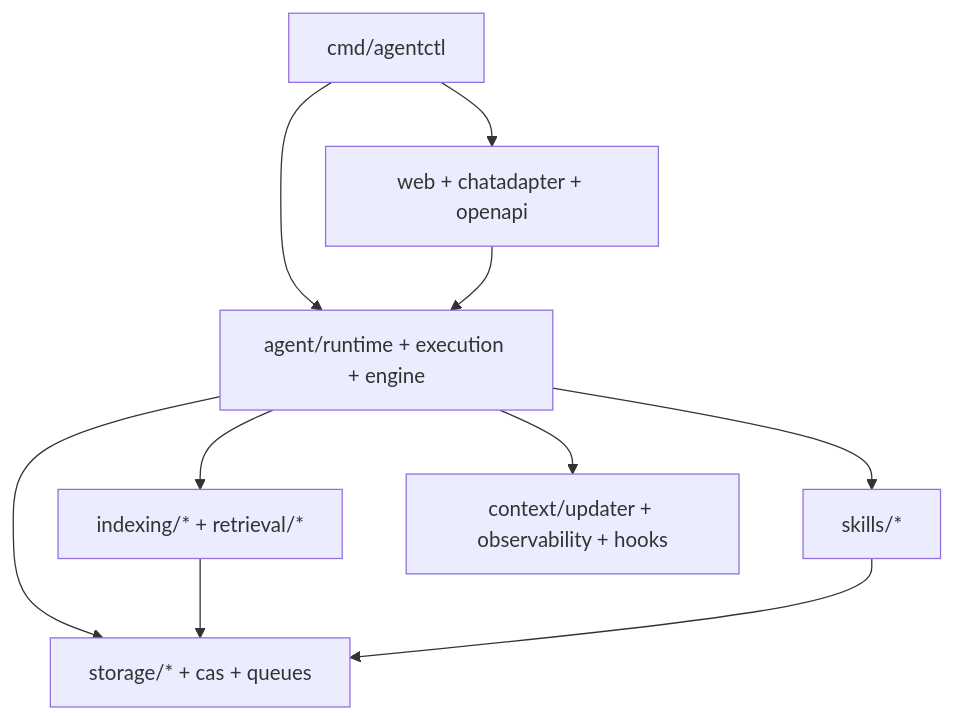
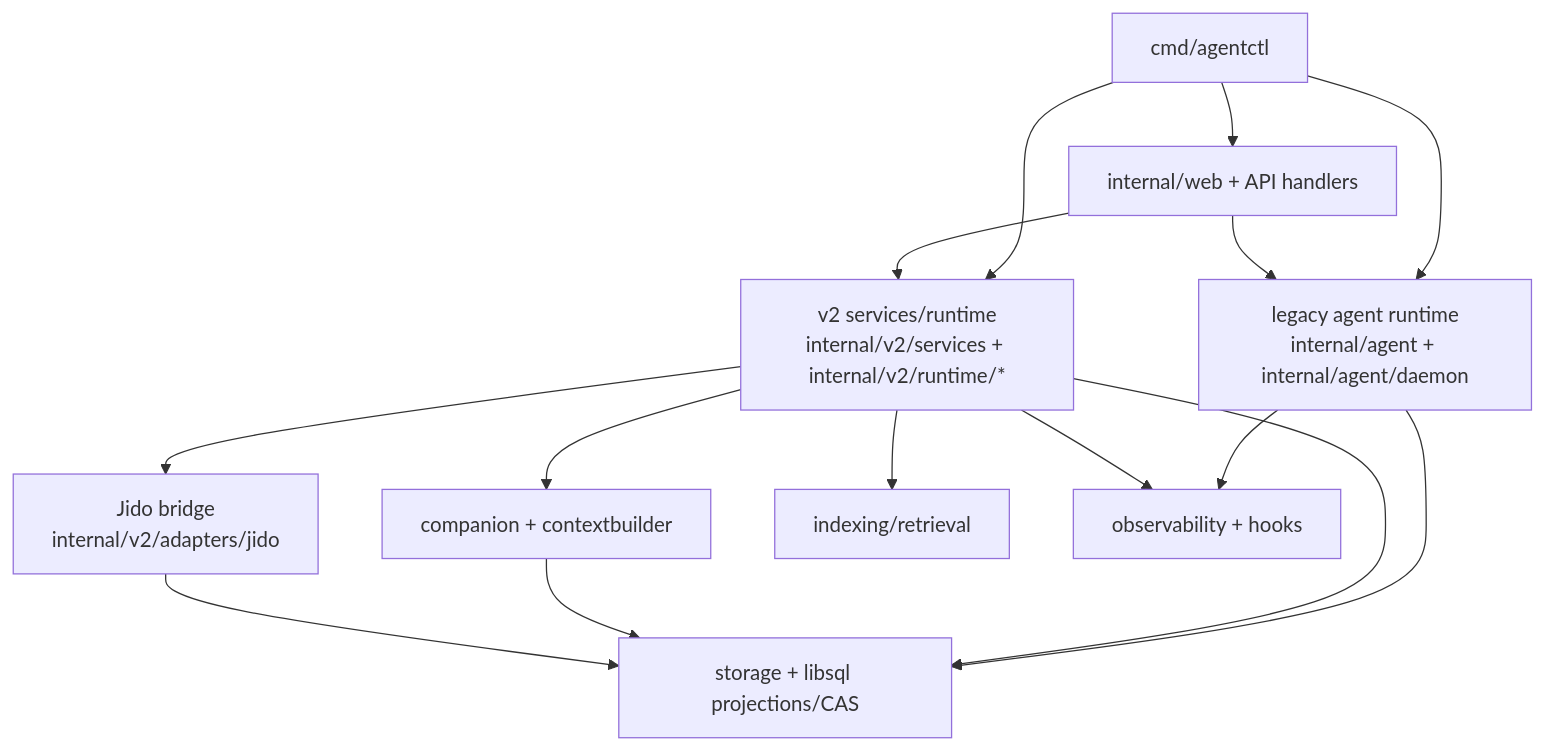
One commit to joshka0/foxctl changed the diagram in docs/architecture/system-architecture.md. Above: the diagram before and after it, drawn with Mermaid. The commit also changed other lines of this file and 363 other files, not shown here.

````diff
--- a/docs/architecture/system-architecture.md
+++ b/docs/architecture/system-architecture.md
@@ -15,20 +15,27 @@
 ```mermaid
 flowchart TD
     CLI[cmd/agentctl]
-    Skills[skills/*]
-    Runtime[agent/runtime + execution + engine]
-    Stores[storage/* + cas + queues]
-    Indexing[indexing/* + retrieval/*]
-    Interfaces[web + chatadapter + openapi]
-    Obs[context/updater + observability + hooks]
+    Web[internal/web + API handlers]
+    Legacy[legacy agent runtime\ninternal/agent + internal/agent/daemon]
+    V2[v2 services/runtime\ninternal/v2/services + internal/v2/runtime/*]
+    Jido[Jido bridge\ninternal/v2/adapters/jido]
+    Stores[storage + libsql projections/CAS]
+    Context[companion + contextbuilder]
+    Indexing[indexing/retrieval]
+    Obs[observability + hooks]
 
-    CLI --> Runtime
-    CLI --> Interfaces
-    Runtime --> Skills
-    Runtime --> Stores
-    Runtime --> Indexing
-    Runtime --> Obs
-    Interfaces --> Runtime
-    Indexing --> Stores
-    Skills --> Stores
+    CLI --> Legacy
+    CLI --> V2
+    CLI --> Web
+    Web --> V2
+    Web --> Legacy
+    Legacy --> Stores
+    V2 --> Jido
+    V2 --> Stores
+    V2 --> Context
+    Context --> Stores
+    V2 --> Indexing
+    Legacy --> Obs
+    V2 --> Obs
+    Jido --> Stores
 ```
````
